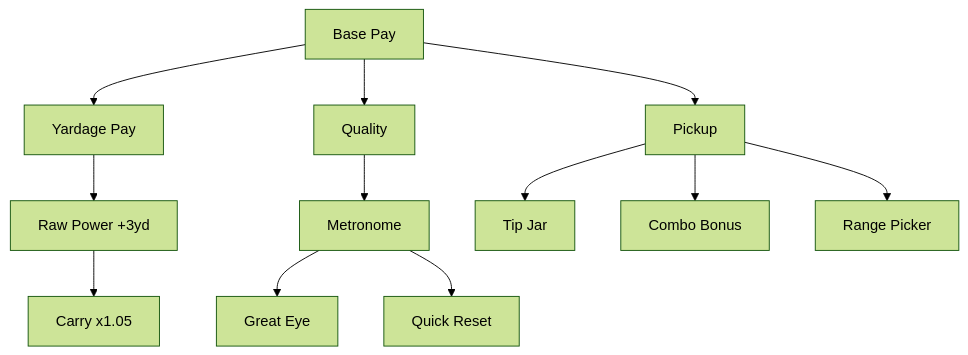
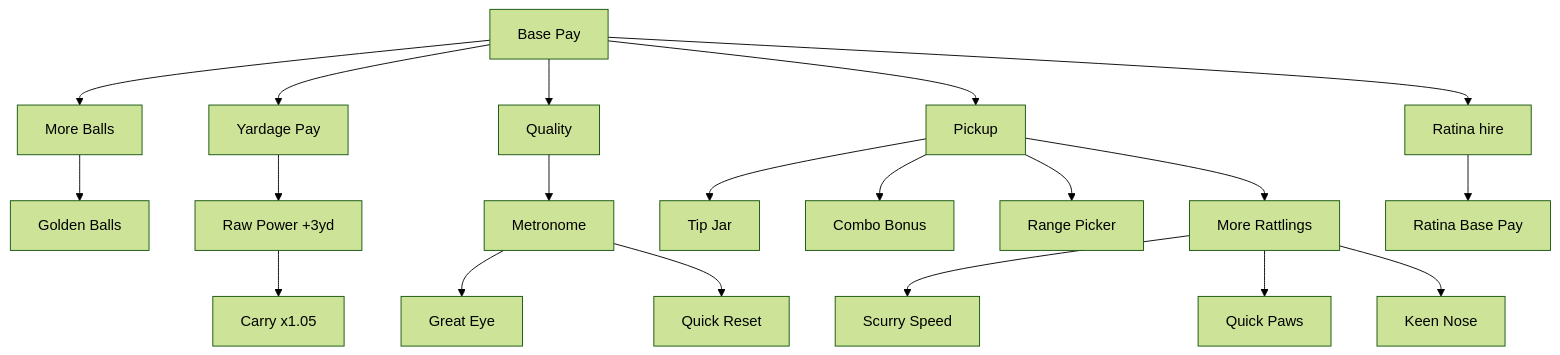
One commit to bicrick/golf_incremental changed the diagram in docs/v2/04-upgrade-tree.md. Above: the diagram before and after it, drawn with Mermaid (forest theme). The commit also changed other lines of this file and 41 other files, not shown here.

````diff
--- a/docs/v2/04-upgrade-tree.md
+++ b/docs/v2/04-upgrade-tree.md
@@ -15,14 +15,22 @@
 ```mermaid
 flowchart TB
   basePay[Base Pay] --> yardagePay[Yardage Pay]
   basePay --> quality[Quality]
   basePay --> pickup[Pickup]
+  basePay --> ballCount[More Balls]
+  basePay --> ratinaHire[Ratina hire]
+  ballCount --> goldenBall[Golden Balls]
   yardagePay --> rawPower[Raw Power +3yd]
   rawPower --> carry[Carry x1.05]
   quality --> metronome[Metronome]
   metronome --> greatEye[Great Eye]
   metronome --> quickReset[Quick Reset]
   pickup --> tipJar[Tip Jar]
   pickup --> comboBonus[Combo Bonus]
   pickup --> rangePicker[Range Picker]
+  pickup --> rattlingMore[More Rattlings]
+  rattlingMore --> rattlingSpeed[Scurry Speed]
+  rattlingMore --> quickPaws[Quick Paws]
+  rattlingMore --> keenNose[Keen Nose]
+  ratinaHire --> ratinaBasePay[Ratina Base Pay]
 ```
````
